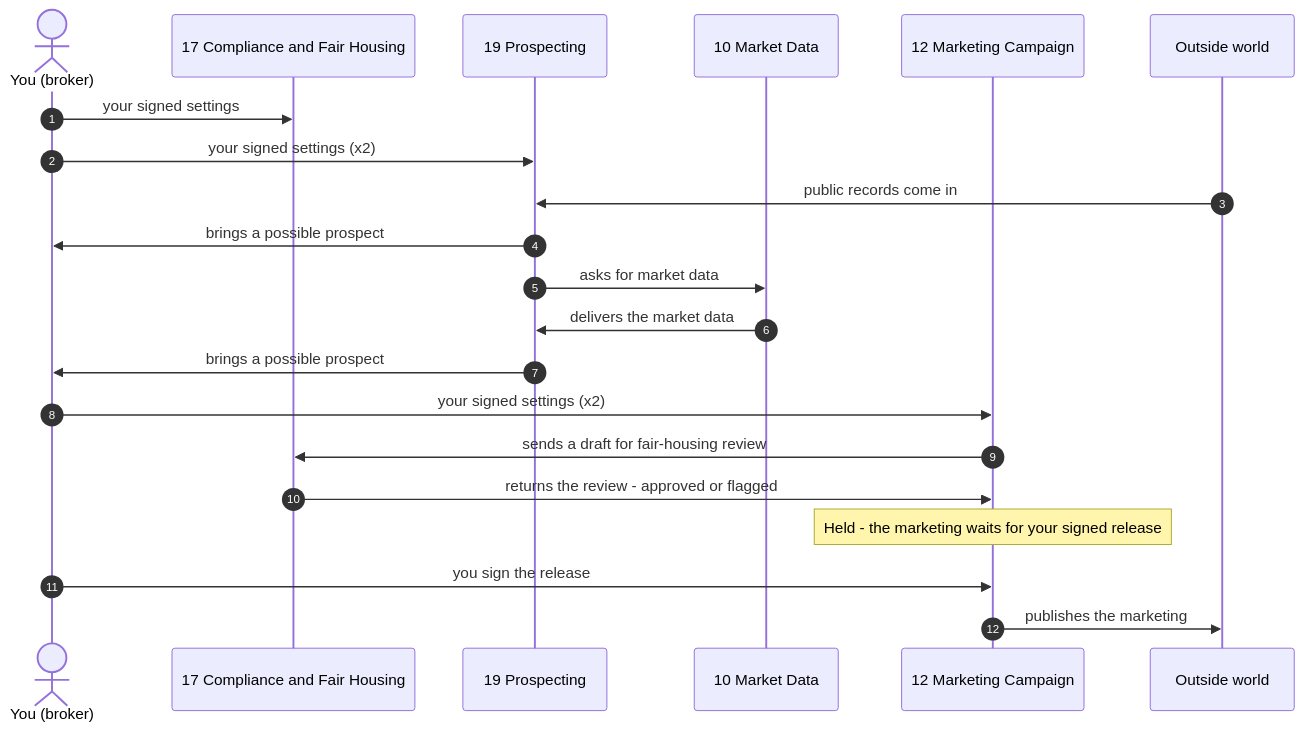
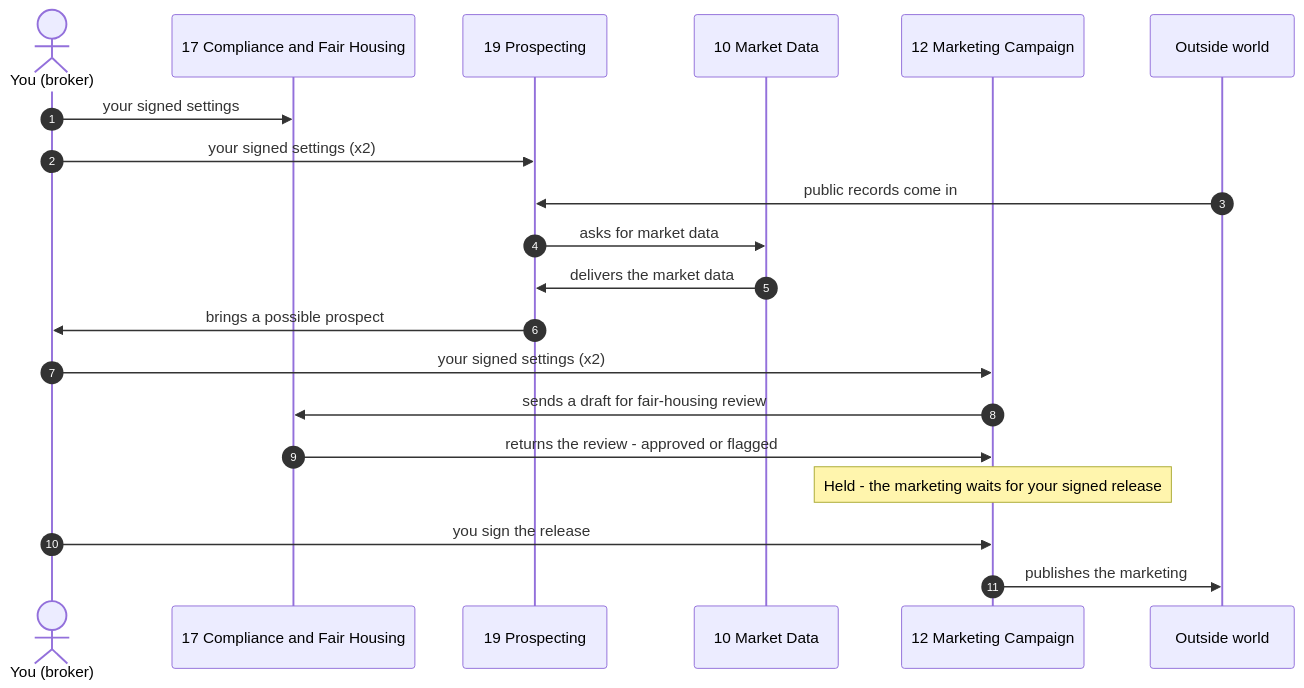
Diagram 17 of 25 in docs/PLAY-BY-PLAY.md (QuietFireAI/listing-assistants), drawn with Mermaid before and after one commit. The commit also changed other lines of this file and 66 other files, not shown here.

````diff
--- a/docs/PLAY-BY-PLAY.md
+++ b/docs/PLAY-BY-PLAY.md
@@ -866,23 +887,22 @@
 ```mermaid
 sequenceDiagram
     autonumber
     actor B as You (broker)
     participant A17 as 17 Compliance and Fair Housing
     participant A19 as 19 Prospecting
     participant A10 as 10 Market Data
     participant A12 as 12 Marketing Campaign
     participant X as Outside world
     B->>A17: your signed settings
     B->>A19: your signed settings (x2)
     X->>A19: public records come in
-    A19->>B: brings a possible prospect
     A19->>A10: asks for market data
     A10->>A19: delivers the market data
     A19->>B: brings a possible prospect
     B->>A12: your signed settings (x2)
     A12->>A17: sends a draft for fair-housing review
     A17->>A12: returns the review - approved or flagged
     Note over A12: Held - the marketing waits for your signed release
     B->>A12: you sign the release
     A12->>X: publishes the marketing
 ```
````
